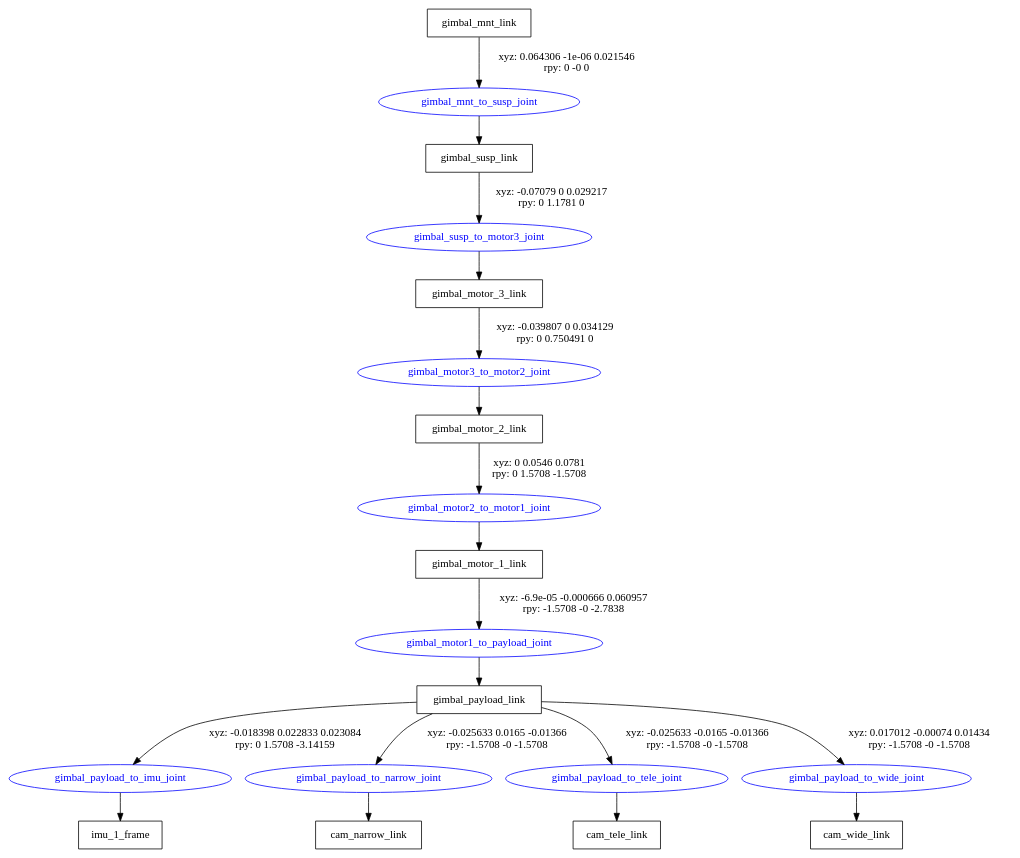
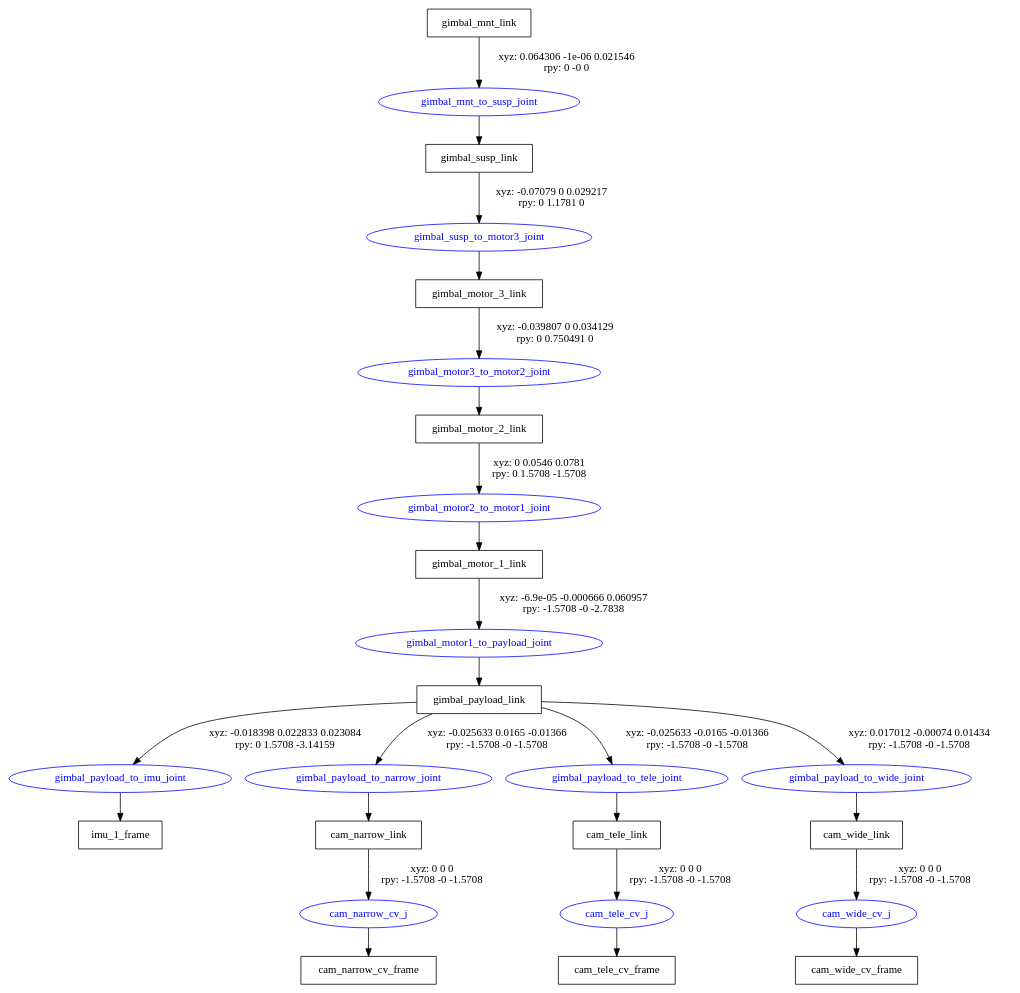
One commit to KelvinHuang-ASUS/virgo-kinematics-verification changed the diagram in output/03_cad_coordinate_alignment/virgo_gimbal_topology.gv. Above: the diagram before and after it, drawn with Graphviz. The commit also changed 11 other files, not shown here.

```diff
--- a/output/03_cad_coordinate_alignment/virgo_gimbal_topology.gv
+++ b/output/03_cad_coordinate_alignment/virgo_gimbal_topology.gv
@@ -1,32 +1,41 @@
 digraph G {
 node [shape=box];
 "gimbal_mnt_link" [label="gimbal_mnt_link"];
 "gimbal_susp_link" [label="gimbal_susp_link"];
 "gimbal_motor_3_link" [label="gimbal_motor_3_link"];
 "gimbal_motor_2_link" [label="gimbal_motor_2_link"];
 "gimbal_motor_1_link" [label="gimbal_motor_1_link"];
 "gimbal_payload_link" [label="gimbal_payload_link"];
 "imu_1_frame" [label="imu_1_frame"];
 "cam_narrow_link" [label="cam_narrow_link"];
+"cam_narrow_cv_frame" [label="cam_narrow_cv_frame"];
 "cam_tele_link" [label="cam_tele_link"];
+"cam_tele_cv_frame" [label="cam_tele_cv_frame"];
 "cam_wide_link" [label="cam_wide_link"];
+"cam_wide_cv_frame" [label="cam_wide_cv_frame"];
 node [shape=ellipse, color=blue, fontcolor=blue];
 "gimbal_mnt_link" -> "gimbal_mnt_to_susp_joint" [label="xyz: 0.064306 -1e-06 0.021546 \nrpy: 0 -0 0"]
 "gimbal_mnt_to_susp_joint" -> "gimbal_susp_link"
 "gimbal_susp_link" -> "gimbal_susp_to_motor3_joint" [label="xyz: -0.07079 0 0.029217 \nrpy: 0 1.1781 0"]
 "gimbal_susp_to_motor3_joint" -> "gimbal_motor_3_link"
 "gimbal_motor_3_link" -> "gimbal_motor3_to_motor2_joint" [label="xyz: -0.039807 0 0.034129 \nrpy: 0 0.750491 0"]
 "gimbal_motor3_to_motor2_joint" -> "gimbal_motor_2_link"
 "gimbal_motor_2_link" -> "gimbal_motor2_to_motor1_joint" [label="xyz: 0 0.0546 0.0781 \nrpy: 0 1.5708 -1.5708"]
 "gimbal_motor2_to_motor1_joint" -> "gimbal_motor_1_link"
 "gimbal_motor_1_link" -> "gimbal_motor1_to_payload_joint" [label="xyz: -6.9e-05 -0.000666 0.060957 \nrpy: -1.5708 -0 -2.7838"]
 "gimbal_motor1_to_payload_joint" -> "gimbal_payload_link"
 "gimbal_payload_link" -> "gimbal_payload_to_imu_joint" [label="xyz: -0.018398 0.022833 0.023084 \nrpy: 0 1.5708 -3.14159"]
 "gimbal_payload_to_imu_joint" -> "imu_1_frame"
 "gimbal_payload_link" -> "gimbal_payload_to_narrow_joint" [label="xyz: -0.025633 0.0165 -0.01366 \nrpy: -1.5708 -0 -1.5708"]
 "gimbal_payload_to_narrow_joint" -> "cam_narrow_link"
+"cam_narrow_link" -> "cam_narrow_cv_j" [label="xyz: 0 0 0 \nrpy: -1.5708 -0 -1.5708"]
+"cam_narrow_cv_j" -> "cam_narrow_cv_frame"
 "gimbal_payload_link" -> "gimbal_payload_to_tele_joint" [label="xyz: -0.025633 -0.0165 -0.01366 \nrpy: -1.5708 -0 -1.5708"]
 "gimbal_payload_to_tele_joint" -> "cam_tele_link"
+"cam_tele_link" -> "cam_tele_cv_j" [label="xyz: 0 0 0 \nrpy: -1.5708 -0 -1.5708"]
+"cam_tele_cv_j" -> "cam_tele_cv_frame"
 "gimbal_payload_link" -> "gimbal_payload_to_wide_joint" [label="xyz: 0.017012 -0.00074 0.01434 \nrpy: -1.5708 -0 -1.5708"]
 "gimbal_payload_to_wide_joint" -> "cam_wide_link"
+"cam_wide_link" -> "cam_wide_cv_j" [label="xyz: 0 0 0 \nrpy: -1.5708 -0 -1.5708"]
+"cam_wide_cv_j" -> "cam_wide_cv_frame"
 }
```
